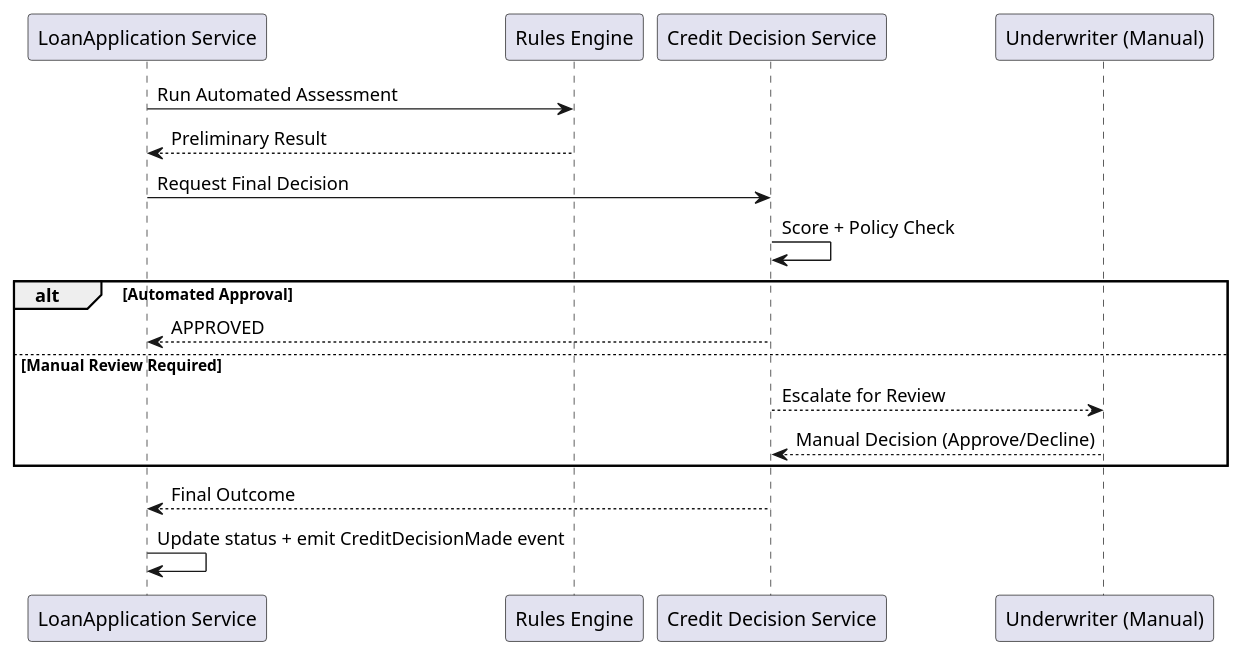
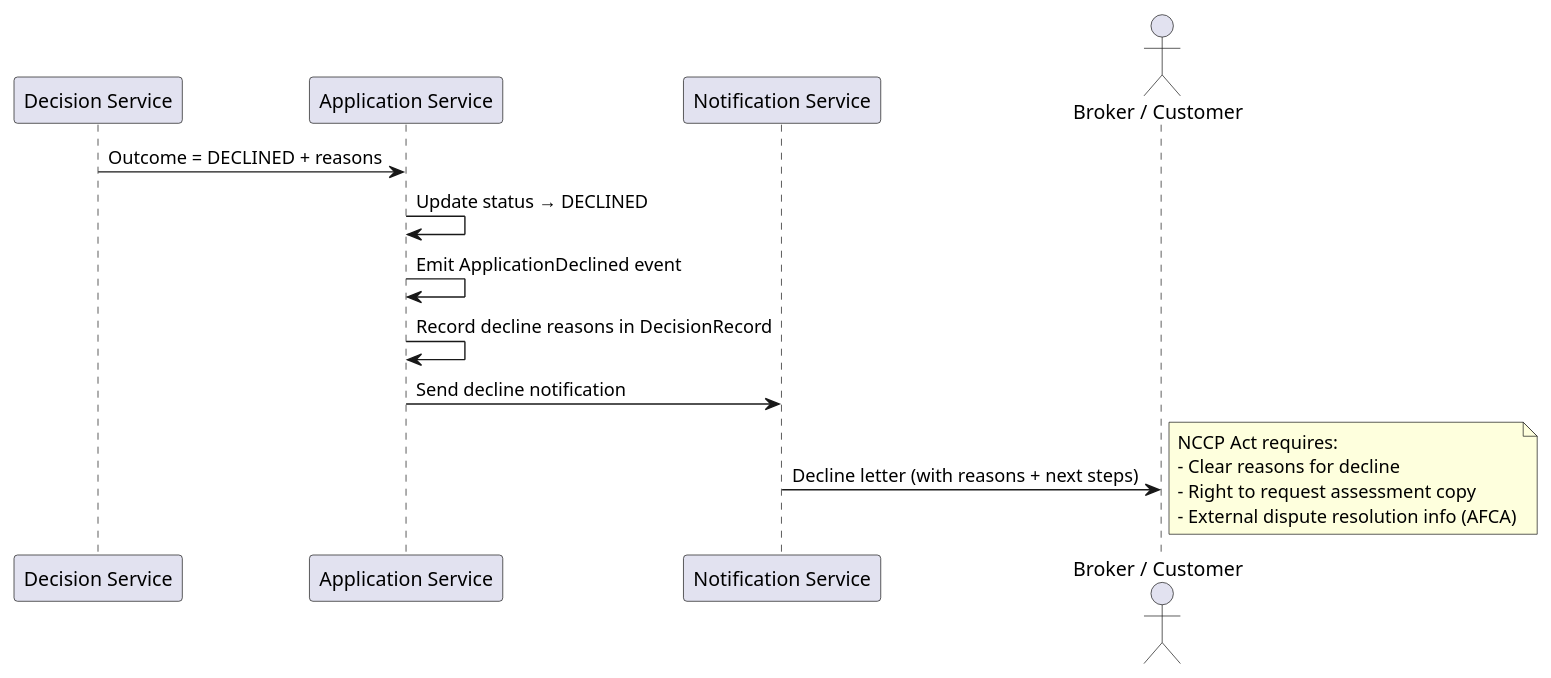
Before and after one commit to atheryon-ai/atheryon-mortgages: the seventh of 10 diagrams in mortgage-origination-srs.md, drawn with PlantUML. The commit also changed other lines of this file and 143 other files, not shown here.

````diff
--- a/mortgage-origination-srs.md
+++ b/mortgage-origination-srs.md
@@ -214,21 +925,23 @@
 ```plantuml
 @startuml
-participant "LoanApplication Service" as AppService
-participant "Rules Engine" as Rules
-participant "Credit Decision Service" as Decision
-participant "Underwriter (Manual)" as UW
+participant "Decision Service" as Decision
+participant "Application Service" as AppService
+participant "Notification Service" as Notify
+actor "Broker / Customer" as Applicant
 
-AppService -> Rules: Run Automated Assessment
-Rules --> AppService: Preliminary Result
-AppService -> Decision: Request Final Decision
-Decision -> Decision: Score + Policy Check
-alt Automated Approval
-  Decision --> AppService: APPROVED
-else Manual Review Required
-  Decision --> UW: Escalate for Review
-  UW --> Decision: Manual Decision (Approve/Decline)
-end
-Decision --> AppService: Final Outcome
-AppService -> AppService: Update status + emit CreditDecisionMade event
+Decision -> AppService: Outcome = DECLINED + reasons
+AppService -> AppService: Update status → DECLINED
+AppService -> AppService: Emit ApplicationDeclined event
+AppService -> AppService: Record decline reasons in DecisionRecord
+
+AppService -> Notify: Send decline notification
+Notify -> Applicant: Decline letter (with reasons + next steps)
+
+note right
+  NCCP Act requires:
+  - Clear reasons for decline
+  - Right to request assessment copy
+  - External dispute resolution info (AFCA)
+end note
 @enduml
 ```
````
